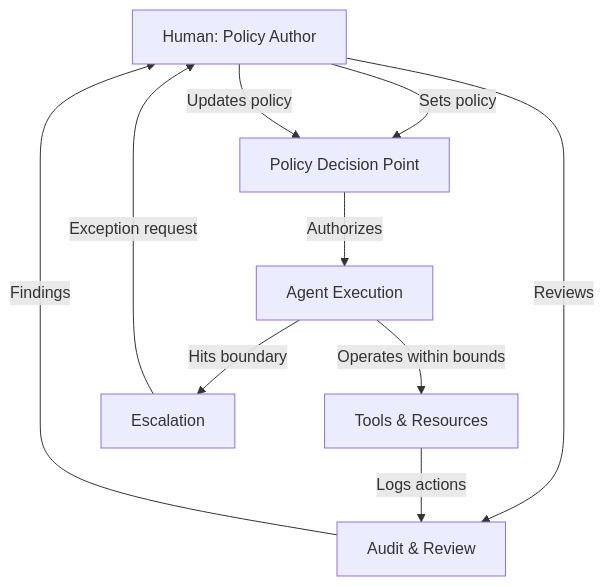
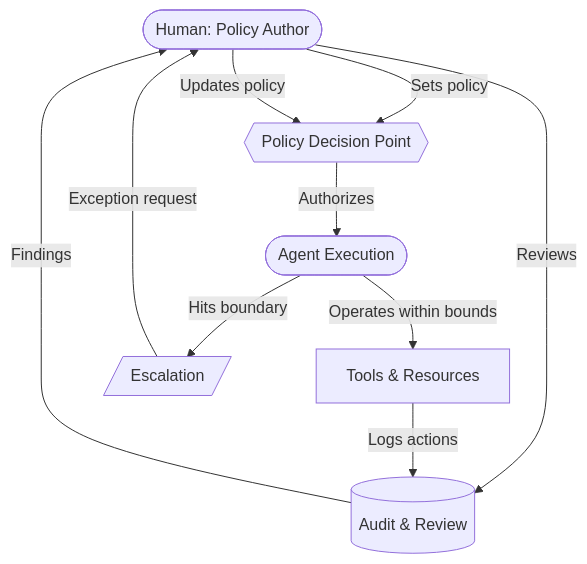
The first of 3 diagrams in src/content/analysis/human-above-the-loop.mdx (CyberdaemonAI/cyberdaemon-site), drawn with Mermaid before and after one commit. The commit also changed other lines of this file and 23 other files, not shown here.

First line of the commit message:
style(diagrams): retrofit all mermaid diagrams to flowchart syntax site-wide

````diff
--- a/src/content/analysis/human-above-the-loop.mdx
+++ b/src/content/analysis/human-above-the-loop.mdx
@@ -82,12 +82,12 @@
 ```mermaid
-graph TB
-    H[Human: Policy Author] -->|Sets policy| PDP[Policy Decision Point]
-    H -->|Reviews| AUDIT[Audit & Review]
-    PDP -->|Authorizes| AGENT[Agent Execution]
+flowchart TB
+    H([Human: Policy Author]) -->|Sets policy| PDP{{Policy Decision Point}}
+    H -->|Reviews| AUDIT[(Audit & Review)]
+    PDP -->|Authorizes| AGENT([Agent Execution])
     AGENT -->|Operates within bounds| TOOLS[Tools & Resources]
-    AGENT -->|Hits boundary| ESC[Escalation]
+    AGENT -->|Hits boundary| ESC[/Escalation/]
     ESC -->|Exception request| H
     TOOLS -->|Logs actions| AUDIT
     AUDIT -->|Findings| H
     H -->|Updates policy| PDP
 ```
````
